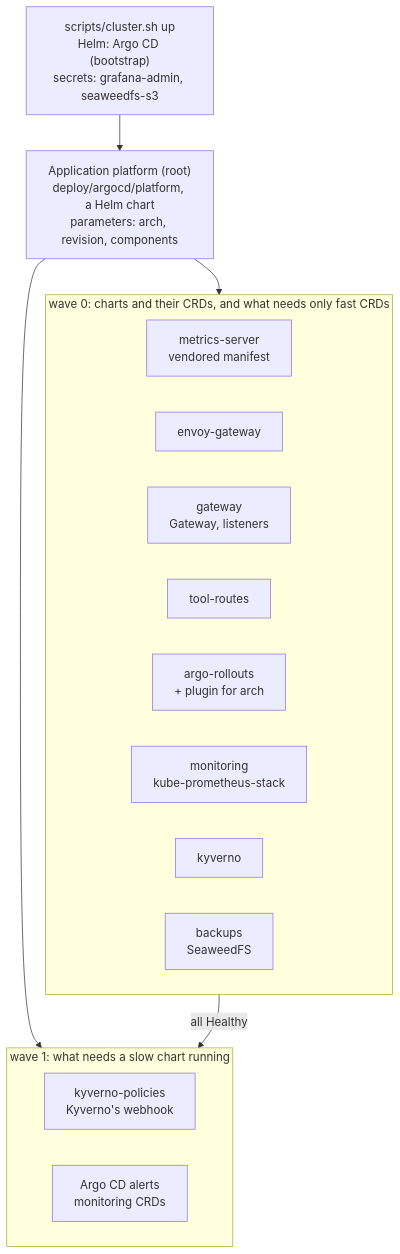
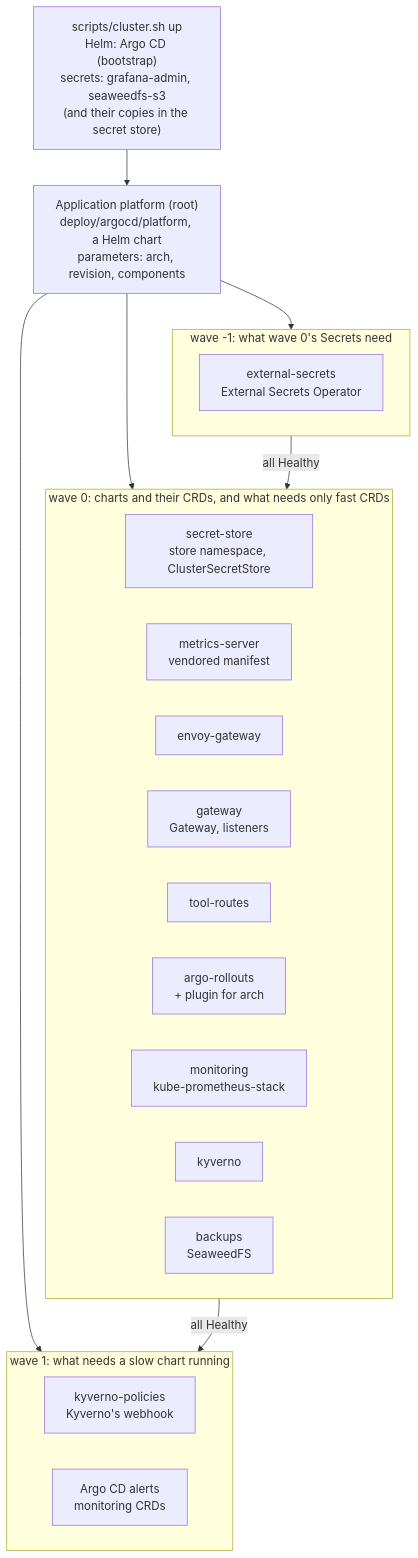
One commit to easypeasyops/links changed the tenth of 10 diagrams in docs/DESIGN.md. Above: the diagram before and after it, drawn with Mermaid. The commit also changed other lines of this file and 3 other files, not shown here.

First line of the commit message:
platform.lock: External Secrets and the secret store (platform 4.1a) (#107)

````diff
--- a/docs/DESIGN.md
+++ b/docs/DESIGN.md
@@ -895,24 +895,30 @@
 ```mermaid
 flowchart TB
-  CS["scripts/cluster.sh up<br/>Helm: Argo CD (bootstrap)<br/>secrets: grafana-admin, seaweedfs-s3"] --> Root
+  CS["scripts/cluster.sh up<br/>Helm: Argo CD (bootstrap)<br/>secrets: grafana-admin, seaweedfs-s3<br/>(and their copies in the secret store)"] --> Root
   Root["Application platform (root)<br/>deploy/argocd/platform, a Helm chart<br/>parameters: arch, revision, components"]
+  Root --> WB
   Root --> W0
   Root --> W1
+  subgraph WB["wave -1: what wave 0's Secrets need"]
+    ES[external-secrets<br/>External Secrets Operator]
+  end
   subgraph W0["wave 0: charts and their CRDs, and what needs only fast CRDs"]
     direction LR
+    SS[secret-store<br/>store namespace, ClusterSecretStore]
     MS[metrics-server<br/>vendored manifest]
     EG[envoy-gateway]
     GW[gateway<br/>Gateway, listeners]
     TR[tool-routes]
     AR[argo-rollouts<br/>+ plugin for arch]
     KPS[monitoring<br/>kube-prometheus-stack]
     KY[kyverno]
     BK[backups<br/>SeaweedFS]
   end
   subgraph W1["wave 1: what needs a slow chart running"]
     direction LR
     KP[kyverno-policies<br/>Kyverno's webhook]
     AM[Argo CD alerts<br/>monitoring CRDs]
   end
+  WB -->|"all Healthy"| W0
   W0 -->|"all Healthy"| W1
 ```
````
